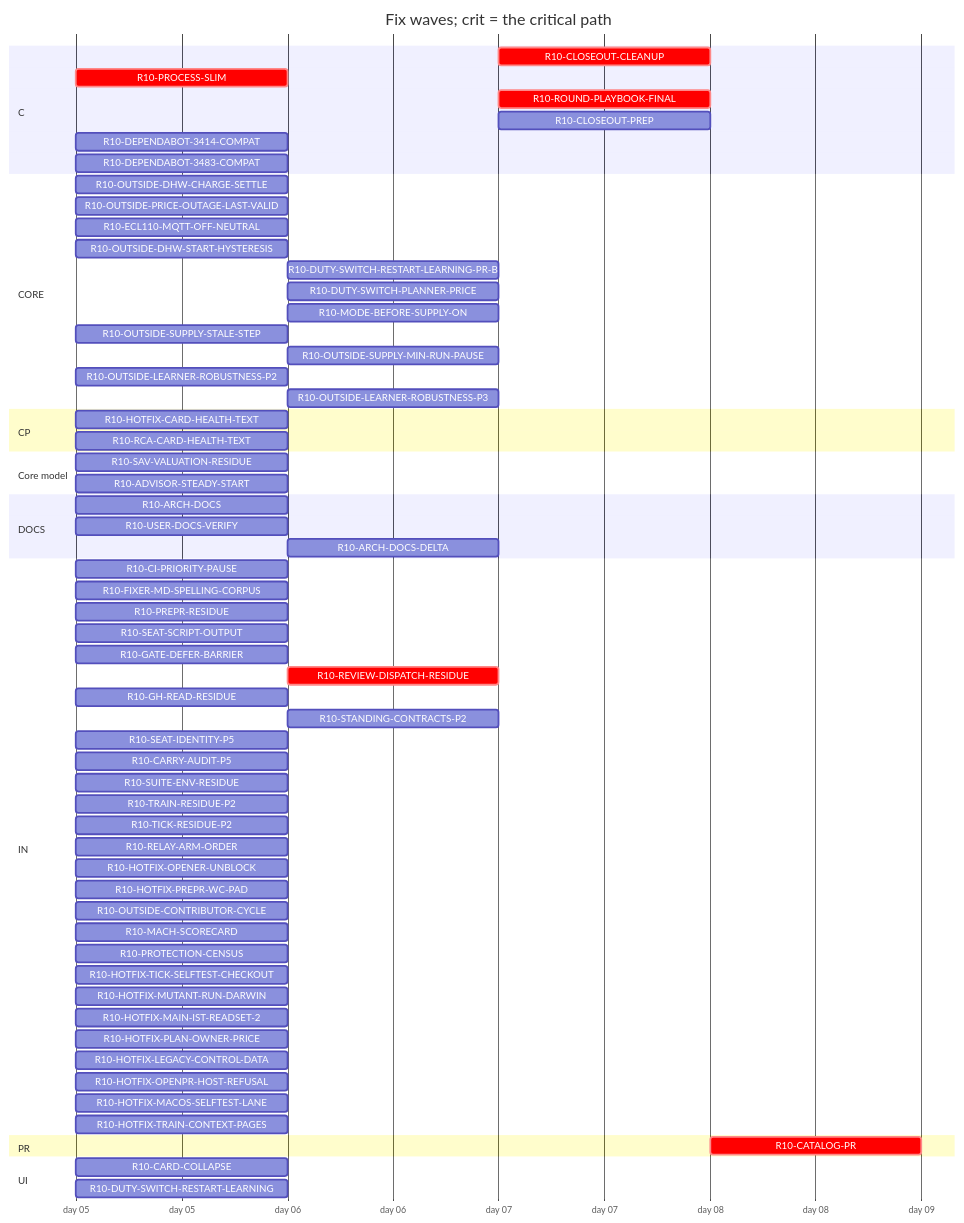
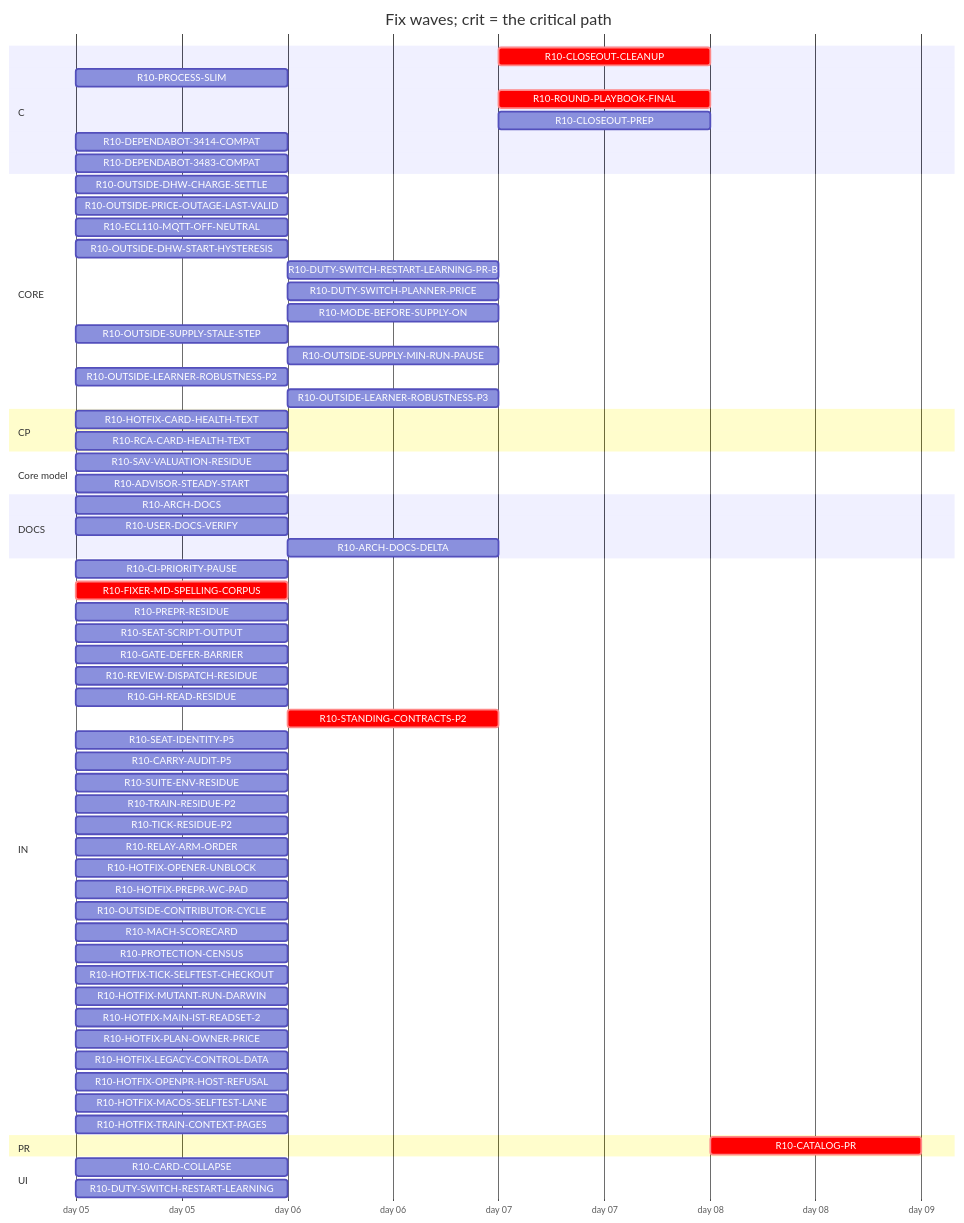
One commit to tvofi/heatpump_optimizer changed the diagram in handoff/round10/state/PLAN-TABLE.md. Above: the diagram before and after it, drawn with Mermaid. The commit also changed other lines of this file and 3 other files, not shown here.

Commit message:
state: FLOW-BOARD.md, NEXT-SESSION-PROMPT.md, PLAN-TABLE.md, RESUME-CURRENT.md regenerated (state_docs.py)

````diff
--- a/handoff/round10/state/PLAN-TABLE.md
+++ b/handoff/round10/state/PLAN-TABLE.md
@@ -21,68 +21,68 @@
 ```mermaid
 gantt
   title Fix waves; crit = the critical path
   dateFormat YYYY-MM-DD
   axisFormat day %d
   section C
     R10-CLOSEOUT-CLEANUP :crit, r10CLOSEOUTCLEANUP, after r10ARCHDOCS r10USERDOCSVERIFY r10ROUNDPLAYBOOKFINAL r10CLOSEOUTPREP r10ARCHDOCSDELTA, 1d
-    R10-PROCESS-SLIM :crit, r10PROCESSSLIM, 2026-01-05, 1d
+    R10-PROCESS-SLIM :r10PROCESSSLIM, 2026-01-05, 1d
     R10-ROUND-PLAYBOOK-FINAL :crit, r10ROUNDPLAYBOOKFINAL, after r10PROCESSSLIM r10FIXERMDSPELLINGCORPUS r10PREPRRESIDUE r10SEATSCRIPTOUTPUT r10REVIEWDISPATCHRESIDUE r10CARRYAUDITP5 r10SEATIDENTITYP5 r10STANDINGCONTRACTSP2 r10GHREADRESIDUE r10SUITEENVRESIDUE r10GATEDEFERBARRIER, 1d
     R10-CLOSEOUT-PREP :r10CLOSEOUTPREP, after r10ARCHDOCS r10PROCESSSLIM r10FIXERMDSPELLINGCORPUS r10PREPRRESIDUE r10SEATSCRIPTOUTPUT r10REVIEWDISPATCHRESIDUE r10CARRYAUDITP5 r10SEATIDENTITYP5 r10STANDINGCONTRACTSP2 r10GHREADRESIDUE r10SUITEENVRESIDUE r10GATEDEFERBARRIER, 1d
     R10-DEPENDABOT-3414-COMPAT :r10DEPENDABOT3414COMPAT, 2026-01-05, 1d
     R10-DEPENDABOT-3483-COMPAT :r10DEPENDABOT3483COMPAT, 2026-01-05, 1d
   section CORE
     R10-OUTSIDE-DHW-CHARGE-SETTLE :r10OUTSIDEDHWCHARGESETTLE, 2026-01-05, 1d
     R10-OUTSIDE-PRICE-OUTAGE-LAST-VALID :r10OUTSIDEPRICEOUTAGELASTVALID, 2026-01-05, 1d
     R10-ECL110-MQTT-OFF-NEUTRAL :r10ECL110MQTTOFFNEUTRAL, 2026-01-05, 1d
     R10-OUTSIDE-DHW-START-HYSTERESIS :r10OUTSIDEDHWSTARTHYSTERESIS, 2026-01-05, 1d
     R10-DUTY-SWITCH-RESTART-LEARNING-PR-B :r10DUTYSWITCHRESTARTLEARNINGPRB, after r10DUTYSWITCHRESTARTLEARNING, 1d
     R10-DUTY-SWITCH-PLANNER-PRICE :r10DUTYSWITCHPLANNERPRICE, after r10DUTYSWITCHRESTARTLEARNING, 1d
     R10-MODE-BEFORE-SUPPLY-ON :r10MODEBEFORESUPPLYON, after r10DUTYSWITCHRESTARTLEARNING, 1d
     R10-OUTSIDE-SUPPLY-STALE-STEP :r10OUTSIDESUPPLYSTALESTEP, 2026-01-05, 1d
     R10-OUTSIDE-SUPPLY-MIN-RUN-PAUSE :r10OUTSIDESUPPLYMINRUNPAUSE, after r10OUTSIDESUPPLYSTALESTEP, 1d
     R10-OUTSIDE-LEARNER-ROBUSTNESS-P2 :r10OUTSIDELEARNERROBUSTNESSP2, 2026-01-05, 1d
     R10-OUTSIDE-LEARNER-ROBUSTNESS-P3 :r10OUTSIDELEARNERROBUSTNESSP3, after r10OUTSIDELEARNERROBUSTNESSP2, 1d
   section CP
     R10-HOTFIX-CARD-HEALTH-TEXT :r10HOTFIXCARDHEALTHTEXT, 2026-01-05, 1d
     R10-RCA-CARD-HEALTH-TEXT :r10RCACARDHEALTHTEXT, 2026-01-05, 1d
   section Core model
     R10-SAV-VALUATION-RESIDUE :r10SAVVALUATIONRESIDUE, 2026-01-05, 1d
     R10-ADVISOR-STEADY-START :r10ADVISORSTEADYSTART, 2026-01-05, 1d
   section DOCS
     R10-ARCH-DOCS :r10ARCHDOCS, 2026-01-05, 1d
     R10-USER-DOCS-VERIFY :r10USERDOCSVERIFY, 2026-01-05, 1d
     R10-ARCH-DOCS-DELTA :r10ARCHDOCSDELTA, after r10ARCHDOCS r10SAVVALUATIONRESIDUE r10ADVISORSTEADYSTART r10PROCESSSLIM, 1d
   section IN
     R10-CI-PRIORITY-PAUSE :r10CIPRIORITYPAUSE, 2026-01-05, 1d
-    R10-FIXER-MD-SPELLING-CORPUS :r10FIXERMDSPELLINGCORPUS, 2026-01-05, 1d
+    R10-FIXER-MD-SPELLING-CORPUS :crit, r10FIXERMDSPELLINGCORPUS, 2026-01-05, 1d
     R10-PREPR-RESIDUE :r10PREPRRESIDUE, 2026-01-05, 1d
     R10-SEAT-SCRIPT-OUTPUT :r10SEATSCRIPTOUTPUT, 2026-01-05, 1d
     R10-GATE-DEFER-BARRIER :r10GATEDEFERBARRIER, 2026-01-05, 1d
-    R10-REVIEW-DISPATCH-RESIDUE :crit, r10REVIEWDISPATCHRESIDUE, after r10PROCESSSLIM, 1d
+    R10-REVIEW-DISPATCH-RESIDUE :r10REVIEWDISPATCHRESIDUE, 2026-01-05, 1d
     R10-GH-READ-RESIDUE :r10GHREADRESIDUE, 2026-01-05, 1d
-    R10-STANDING-CONTRACTS-P2 :r10STANDINGCONTRACTSP2, after r10FIXERMDSPELLINGCORPUS, 1d
+    R10-STANDING-CONTRACTS-P2 :crit, r10STANDINGCONTRACTSP2, after r10FIXERMDSPELLINGCORPUS, 1d
     R10-SEAT-IDENTITY-P5 :r10SEATIDENTITYP5, 2026-01-05, 1d
     R10-CARRY-AUDIT-P5 :r10CARRYAUDITP5, 2026-01-05, 1d
     R10-SUITE-ENV-RESIDUE :r10SUITEENVRESIDUE, 2026-01-05, 1d
     R10-TRAIN-RESIDUE-P2 :r10TRAINRESIDUEP2, 2026-01-05, 1d
     R10-TICK-RESIDUE-P2 :r10TICKRESIDUEP2, 2026-01-05, 1d
     R10-RELAY-ARM-ORDER :r10RELAYARMORDER, 2026-01-05, 1d
     R10-HOTFIX-OPENER-UNBLOCK :r10HOTFIXOPENERUNBLOCK, 2026-01-05, 1d
     R10-HOTFIX-PREPR-WC-PAD :r10HOTFIXPREPRWCPAD, 2026-01-05, 1d
     R10-OUTSIDE-CONTRIBUTOR-CYCLE :r10OUTSIDECONTRIBUTORCYCLE, 2026-01-05, 1d
     R10-MACH-SCORECARD :r10MACHSCORECARD, 2026-01-05, 1d
     R10-PROTECTION-CENSUS :r10PROTECTIONCENSUS, 2026-01-05, 1d
     R10-HOTFIX-TICK-SELFTEST-CHECKOUT :r10HOTFIXTICKSELFTESTCHECKOUT, 2026-01-05, 1d
     R10-HOTFIX-MUTANT-RUN-DARWIN :r10HOTFIXMUTANTRUNDARWIN, 2026-01-05, 1d
     R10-HOTFIX-MAIN-IST-READSET-2 :r10HOTFIXMAINISTREADSET2, 2026-01-05, 1d
     R10-HOTFIX-PLAN-OWNER-PRICE :r10HOTFIXPLANOWNERPRICE, 2026-01-05, 1d
     R10-HOTFIX-LEGACY-CONTROL-DATA :r10HOTFIXLEGACYCONTROLDATA, 2026-01-05, 1d
     R10-HOTFIX-OPENPR-HOST-REFUSAL :r10HOTFIXOPENPRHOSTREFUSAL, 2026-01-05, 1d
     R10-HOTFIX-MACOS-SELFTEST-LANE :r10HOTFIXMACOSSELFTESTLANE, 2026-01-05, 1d
     R10-HOTFIX-TRAIN-CONTEXT-PAGES :r10HOTFIXTRAINCONTEXTPAGES, 2026-01-05, 1d
   section PR
     R10-CATALOG-PR :crit, r10CATALOGPR, after r10USERDOCSVERIFY r10ARCHDOCS r10ROUNDPLAYBOOKFINAL r10CLOSEOUTCLEANUP r10CLOSEOUTPREP r10ARCHDOCSDELTA, 1d
   section UI
     R10-CARD-COLLAPSE :r10CARDCOLLAPSE, 2026-01-05, 1d
     R10-DUTY-SWITCH-RESTART-LEARNING :r10DUTYSWITCHRESTARTLEARNING, 2026-01-05, 1d
 ```
````
